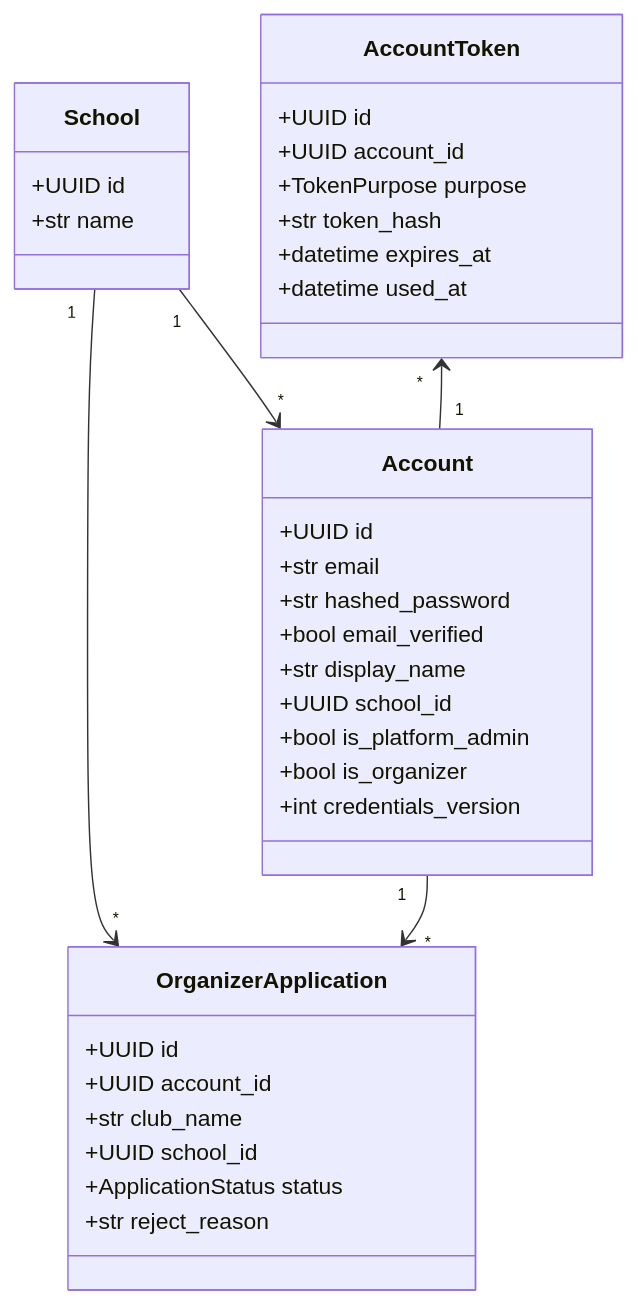
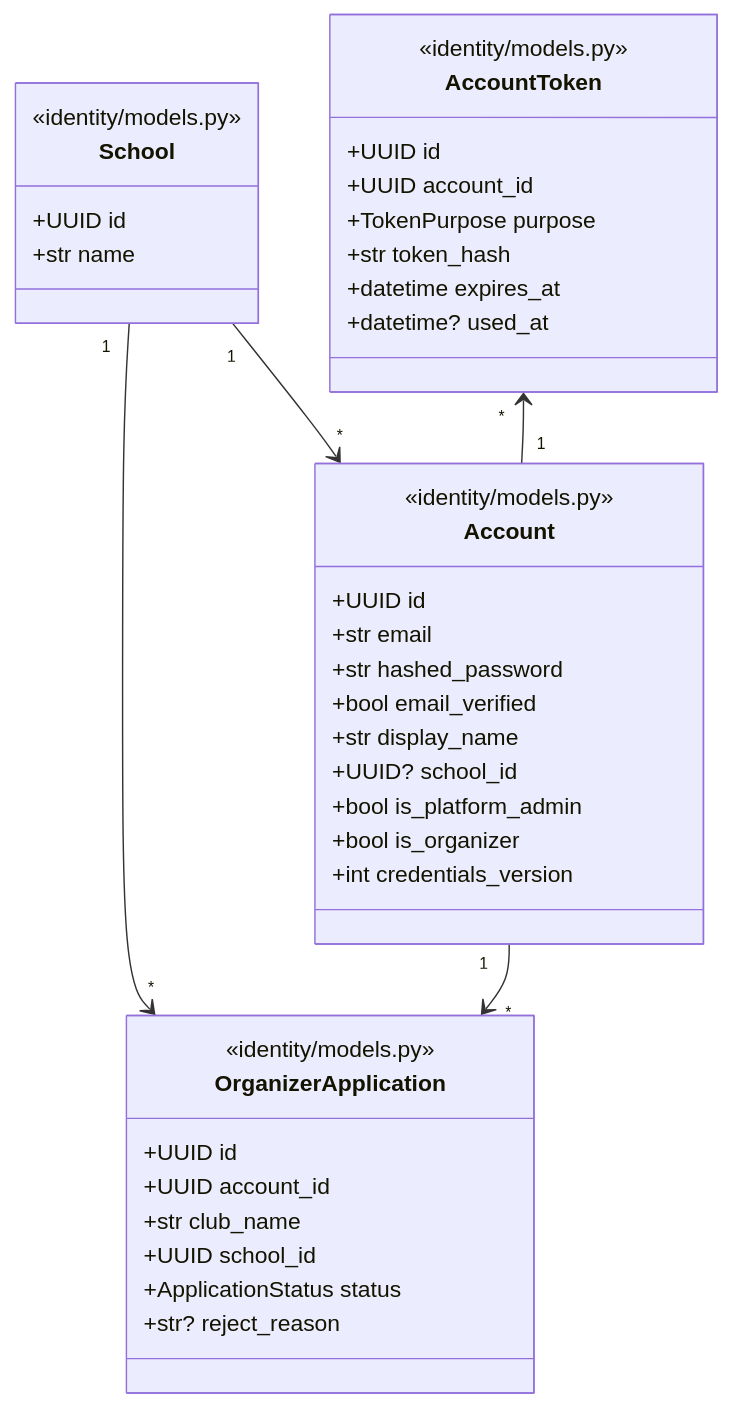
One commit to Team14good/esport-platform changed the fourth of 15 diagrams in docs/midterm/D-物件設計文件.md. Above: the diagram before and after it, drawn with Mermaid. The commit also changed other lines of this file and 27 other files, not shown here.

First line of the commit message:
docs: B、C、D 其餘的圖全部對照程式標註 (#92)

````diff
--- a/docs/midterm/D-物件設計文件.md
+++ b/docs/midterm/D-物件設計文件.md
@@ -161,38 +172,42 @@
 ```mermaid
 classDiagram
   class Account {
+    <<identity/models.py>>
     +UUID id
     +str email
     +str hashed_password
     +bool email_verified
     +str display_name
-    +UUID school_id
+    +UUID? school_id
     +bool is_platform_admin
     +bool is_organizer
     +int credentials_version
   }
   class School {
+    <<identity/models.py>>
     +UUID id
     +str name
   }
   class AccountToken {
+    <<identity/models.py>>
     +UUID id
     +UUID account_id
     +TokenPurpose purpose
     +str token_hash
     +datetime expires_at
-    +datetime used_at
+    +datetime? used_at
   }
   class OrganizerApplication {
+    <<identity/models.py>>
     +UUID id
     +UUID account_id
     +str club_name
     +UUID school_id
     +ApplicationStatus status
-    +str reject_reason
+    +str? reject_reason
   }
   School "1" --> "*" Account
   School "1" --> "*" OrganizerApplication
   Account "1" --> "*" OrganizerApplication
   AccountToken "*" <-- "1" Account
 ```
````
